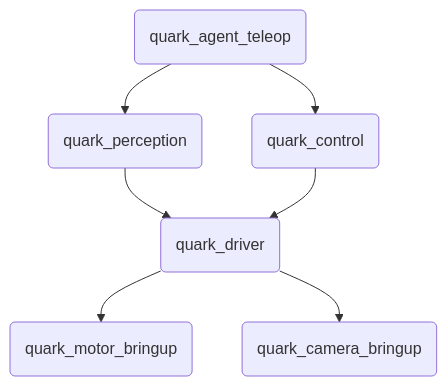
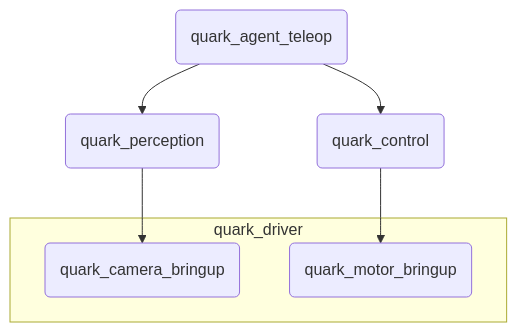
One commit to FelipeGdM/quark changed the diagram in code/README.md. Above: the diagram before and after it, drawn with Mermaid.

````diff
--- a/code/README.md
+++ b/code/README.md
@@ -3,9 +3,11 @@
 ```mermaid
 flowchart TD
     agent_teleop(quark_agent_teleop) --> perception(quark_perception)
     agent_teleop --> control(quark_control)
-    perception --> driver(quark_driver)
-    control --> driver
-    driver --> motor(quark_motor_bringup)
-    driver --> camera(quark_camera_bringup)
+    perception --> camera(quark_camera_bringup)
+    control --> motor(quark_motor_bringup)
+    subgraph quark_driver
+        motor(quark_motor_bringup)
+        camera(quark_camera_bringup)
+    end
 ```
````
